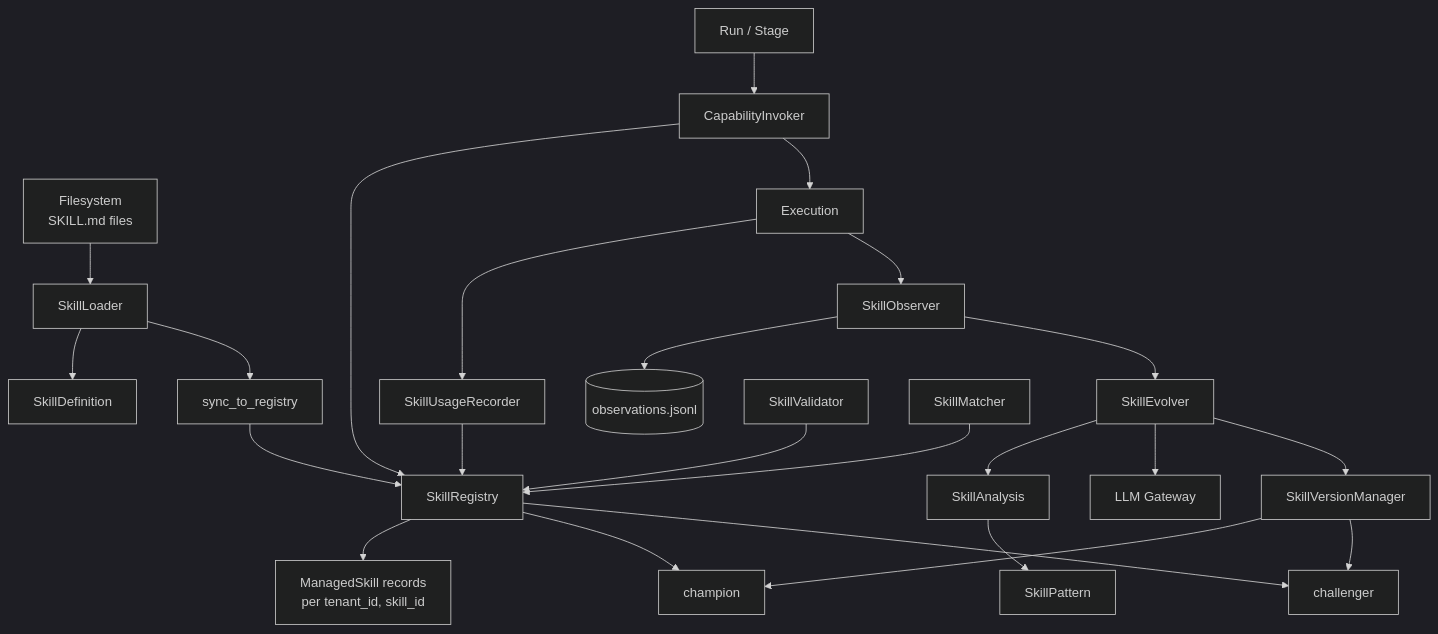
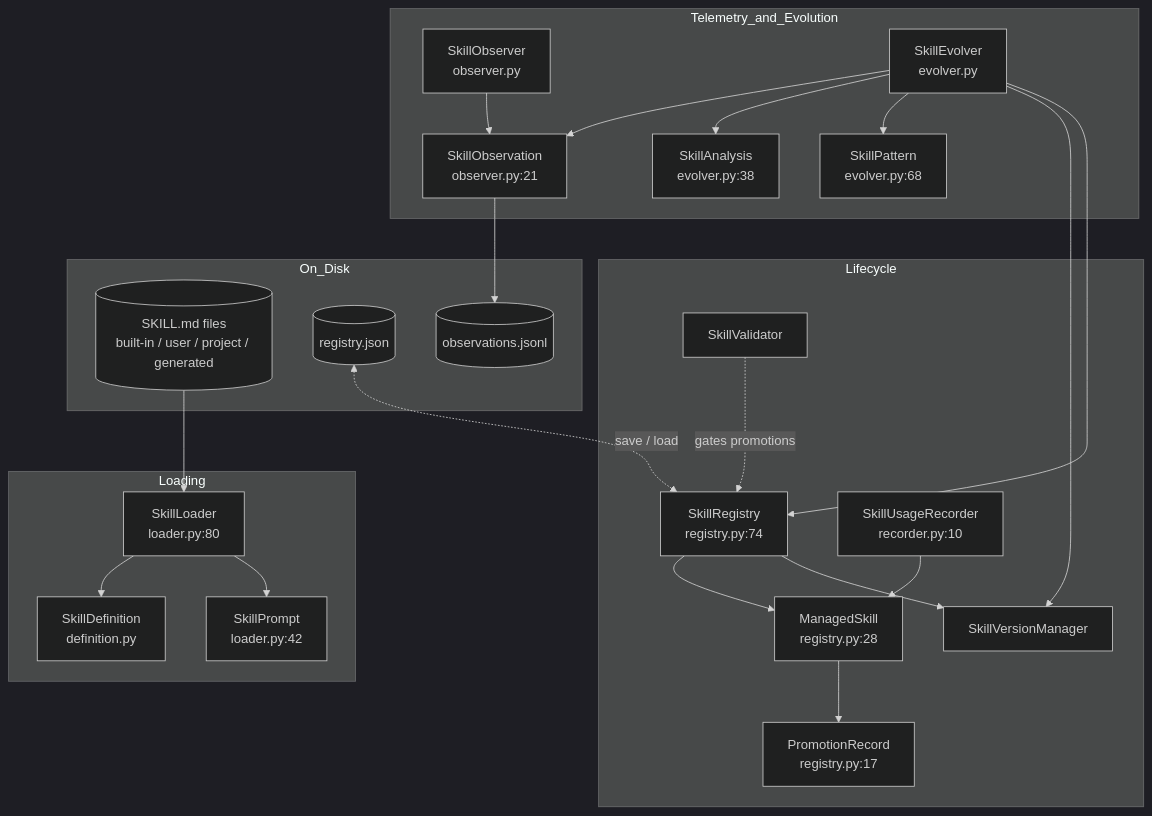
The second of 3 diagrams in hi_agent/skill/ARCHITECTURE.md (chaosxingxc-orion/hi-agent), drawn with Mermaid (dark theme) before and after one commit. The commit also changed other lines of this file and 25 other files, not shown here.

First line of the commit message:
[W35-corrective] Refresh ARCHITECTURE.md hierarchy + add missing READMEs

````diff
--- a/hi_agent/skill/ARCHITECTURE.md
+++ b/hi_agent/skill/ARCHITECTURE.md
@@ -54,31 +76,44 @@
 ```mermaid
-graph TD
-    FS[Filesystem<br/>SKILL.md files] --> SL[SkillLoader]
-    SL --> SD[SkillDefinition]
-    SL --> SyncReg[sync_to_registry]
-    SyncReg --> SR[SkillRegistry]
-    SR --> MS[ManagedSkill records<br/>per tenant_id, skill_id]
-
-    Run[Run / Stage] --> CapInv[CapabilityInvoker]
-    CapInv --> SR
-    CapInv --> RunExec[Execution]
-
-    RunExec --> Recorder[SkillUsageRecorder]
-    Recorder --> SR
-
-    RunExec --> Observer[SkillObserver]
-    Observer --> JSONL[(observations.jsonl)]
-
-    Observer --> Evolver[SkillEvolver]
-    Evolver --> SA[SkillAnalysis]
-    SA --> Patterns[SkillPattern]
-    Evolver --> LLM[LLM Gateway]
-    Evolver --> VM[SkillVersionManager]
-    VM --> Champion[champion]
-    VM --> Challenger[challenger]
-    SR --> Champion
-    SR --> Challenger
-
-    Validator[SkillValidator] --> SR
-    Matcher[SkillMatcher] --> SR
+flowchart TB
+    subgraph On_Disk
+        FS[(SKILL.md files<br/>built-in / user / project / generated)]
+        REG_JSON[(registry.json)]
+        OBS_JSONL[(observations.jsonl)]
+    end
+    subgraph Loading
+        SDEF[SkillDefinition<br/>definition.py]
+        SL[SkillLoader<br/>loader.py:80]
+        SP[SkillPrompt<br/>loader.py:42]
+    end
+    subgraph Lifecycle
+        SR[SkillRegistry<br/>registry.py:74]
+        MS[ManagedSkill<br/>registry.py:28]
+        PR[PromotionRecord<br/>registry.py:17]
+        SV[SkillValidator]
+        SVR[SkillVersionManager]
+        SUR[SkillUsageRecorder<br/>recorder.py:10]
+    end
+    subgraph Telemetry_and_Evolution
+        SO[SkillObserver<br/>observer.py]
+        SOBS[SkillObservation<br/>observer.py:21]
+        SE[SkillEvolver<br/>evolver.py]
+        SA[SkillAnalysis<br/>evolver.py:38]
+        SP2[SkillPattern<br/>evolver.py:68]
+    end
+    FS --> SL
+    SL --> SDEF
+    SL --> SP
+    SR --> MS
+    MS --> PR
+    SV -.gates promotions.-> SR
+    REG_JSON <-.save / load.-> SR
+    SR --> SVR
+    SO --> SOBS
+    SOBS --> OBS_JSONL
+    SUR --> MS
+    SE --> SOBS
+    SE --> SA
+    SE --> SP2
+    SE --> SVR
+    SE --> SR
 ```
````
